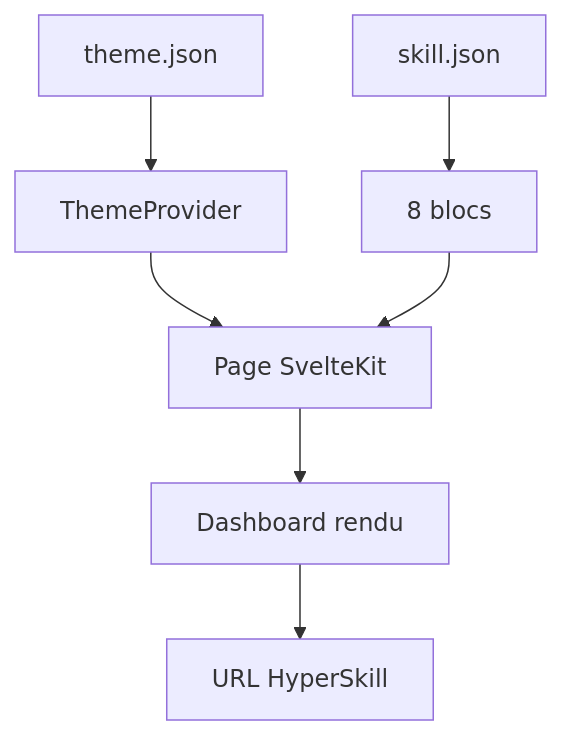
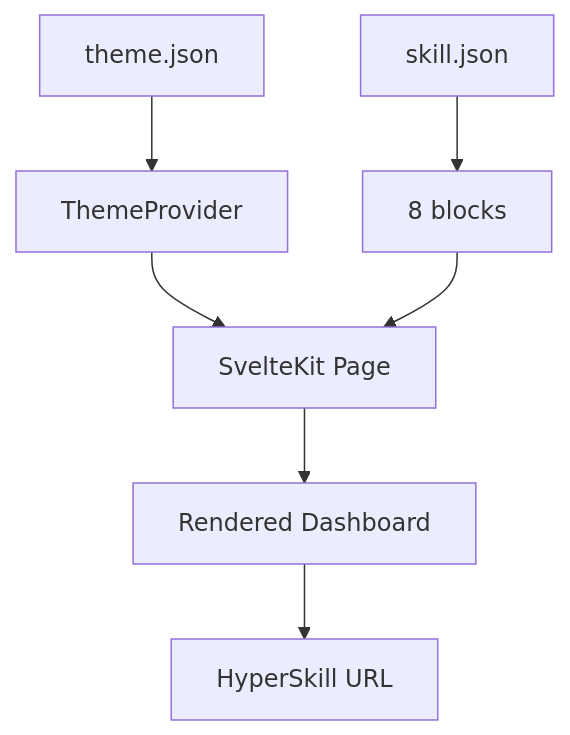
Before and after one commit to jeanbaptiste/webmcp-auto-ui: the first of 3 diagrams in docs/starlight/src/content/docs/tutorials/themed-demo.mdx, drawn with Mermaid. The commit also changed other lines of this file and 94 other files, not shown here.

````diff
--- a/docs/starlight/src/content/docs/tutorials/themed-demo.mdx
+++ b/docs/starlight/src/content/docs/tutorials/themed-demo.mdx
@@ -25,9 +25,9 @@
 ```mermaid
 graph TD
     Theme[theme.json] --> Provider[ThemeProvider]
-    Skill[skill.json] --> Blocks[8 blocs]
-    Provider --> Page[Page SvelteKit]
+    Skill[skill.json] --> Blocks[8 blocks]
+    Provider --> Page[SvelteKit Page]
     Blocks --> Page
-    Page --> Dashboard[Dashboard rendu]
-    Dashboard --> Export[URL HyperSkill]
+    Page --> Dashboard[Rendered Dashboard]
+    Dashboard --> Export[HyperSkill URL]
 ```
````
